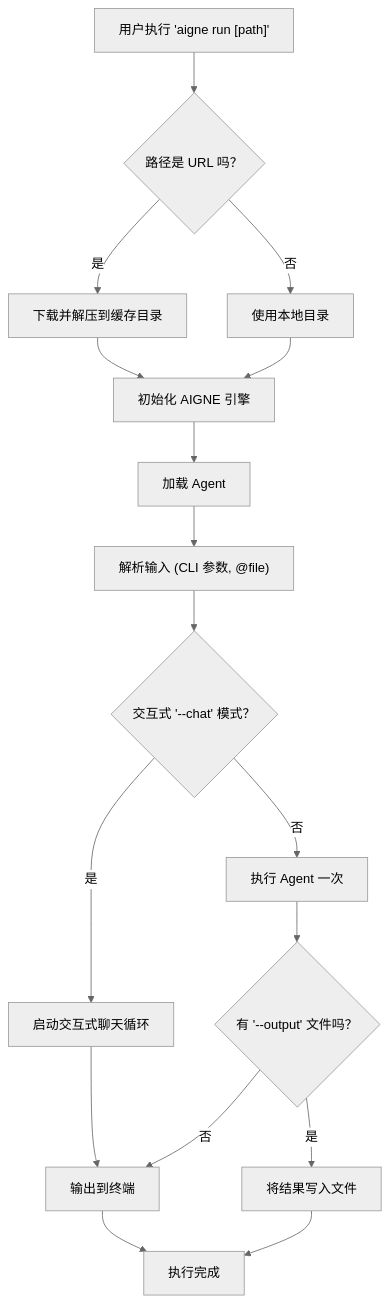
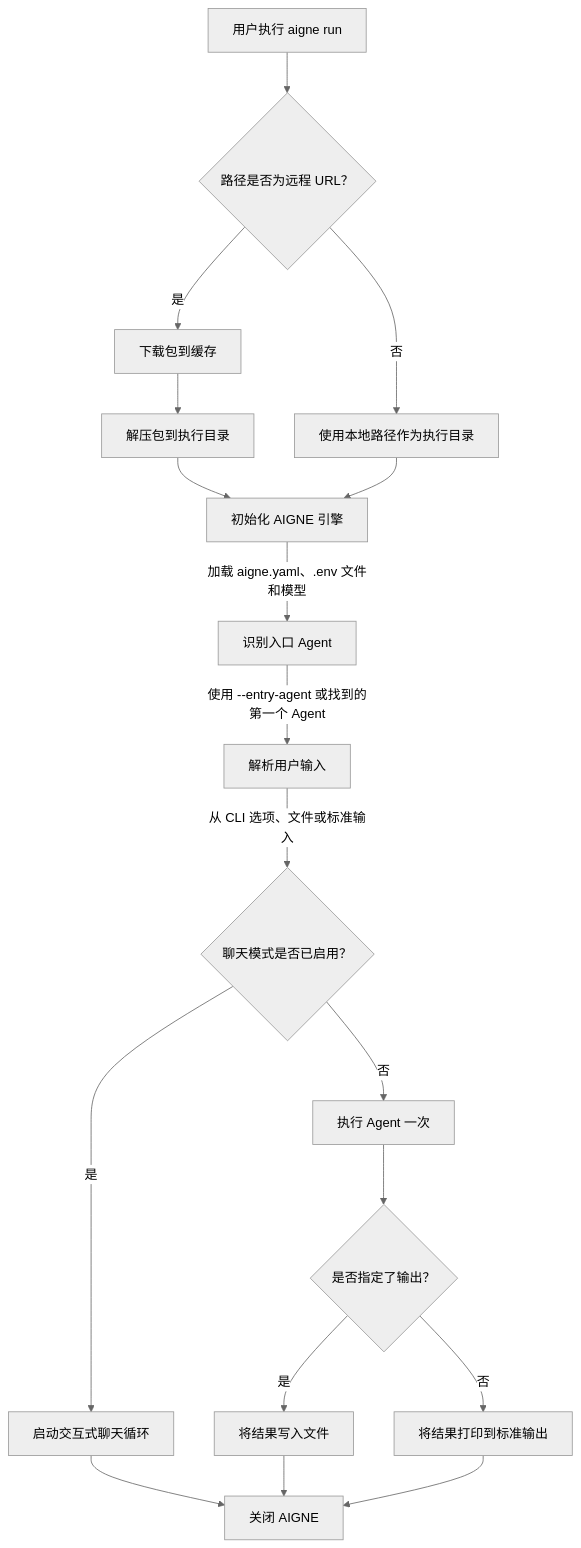
The diagram in packages/cli/docs/command-reference-run.zh.md (AIGNE-io/aigne-framework), drawn with Mermaid (neutral theme) before and after one commit. The commit also changed other lines of this file and 27 other files, not shown here.

````diff
--- a/packages/cli/docs/command-reference-run.zh.md
+++ b/packages/cli/docs/command-reference-run.zh.md
@@ -9,19 +28,20 @@
 ```mermaid
 flowchart TD
-    A["用户执行 'aigne run [path]'"] --> B{路径是 URL 吗？};
-    B -- "是" --> C["下载并解压到缓存目录"];
-    B -- "否" --> D["使用本地目录"];
-    C --> E["初始化 AIGNE 引擎"];
-    D --> E;
-    E --> F["加载 Agent"];
-    F --> G["解析输入 (CLI 参数, @file)"];
-    G --> H{交互式 '--chat' 模式？};
-    H -- "是" --> I["启动交互式聊天循环"];
-    H -- "否" --> J["执行 Agent 一次"];
-    I --> K["输出到终端"];
-    J --> L{有 '--output' 文件吗？};
-    L -- "是" --> M["将结果写入文件"];
-    L -- "否" --> K;
-    K --> N["执行完成"];
-    M --> N;
+    A["用户执行 aigne run"] --> B{"路径是否为远程 URL？"};
+    B -- "是" --> C["下载包到缓存"];
+    C --> D["解压包到执行目录"];
+    B -- "否" --> E["使用本地路径作为执行目录"];
+    D --> F["初始化 AIGNE 引擎"];
+    E --> F;
+    F -- "加载 aigne.yaml、.env 文件和模型" --> G["识别入口 Agent"];
+    G -- "使用 --entry-agent 或找到的第一个 Agent" --> H["解析用户输入"];
+    H -- "从 CLI 选项、文件或标准输入" --> I{"聊天模式是否已启用？"};
+    I -- "是" --> J["启动交互式聊天循环"];
+    I -- "否" --> K["执行 Agent 一次"];
+    J --> L["关闭 AIGNE"];
+    K --> M{"是否指定了输出？"};
+    M -- "是" --> N["将结果写入文件"];
+    M -- "否" --> O["将结果打印到标准输出"];
+    N --> L;
+    O --> L;
 ```
````
